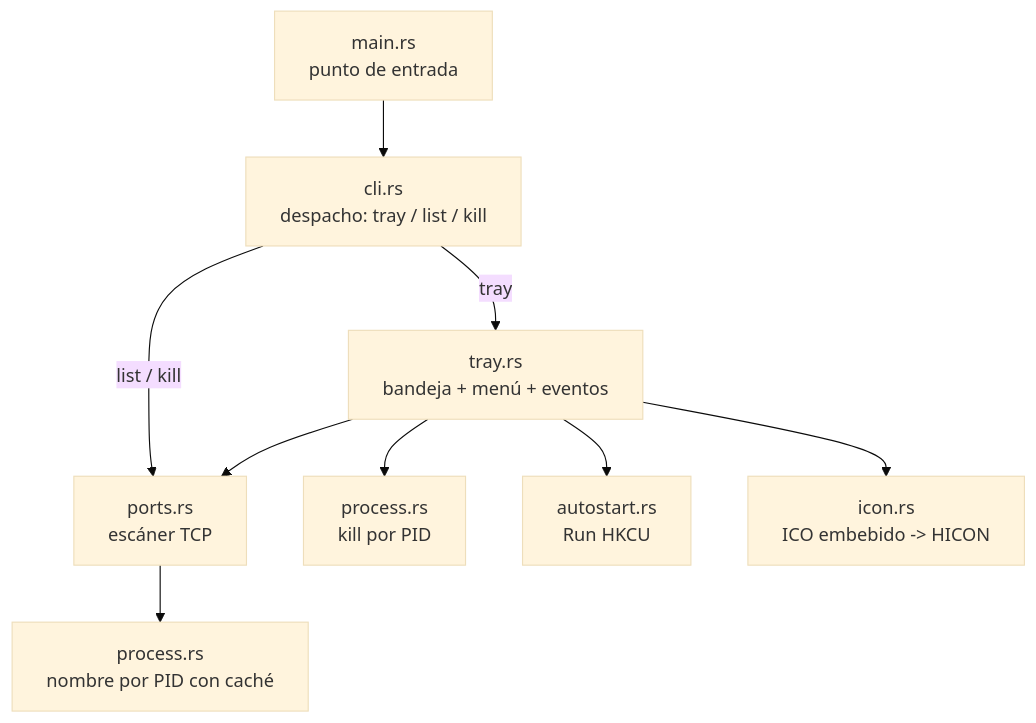
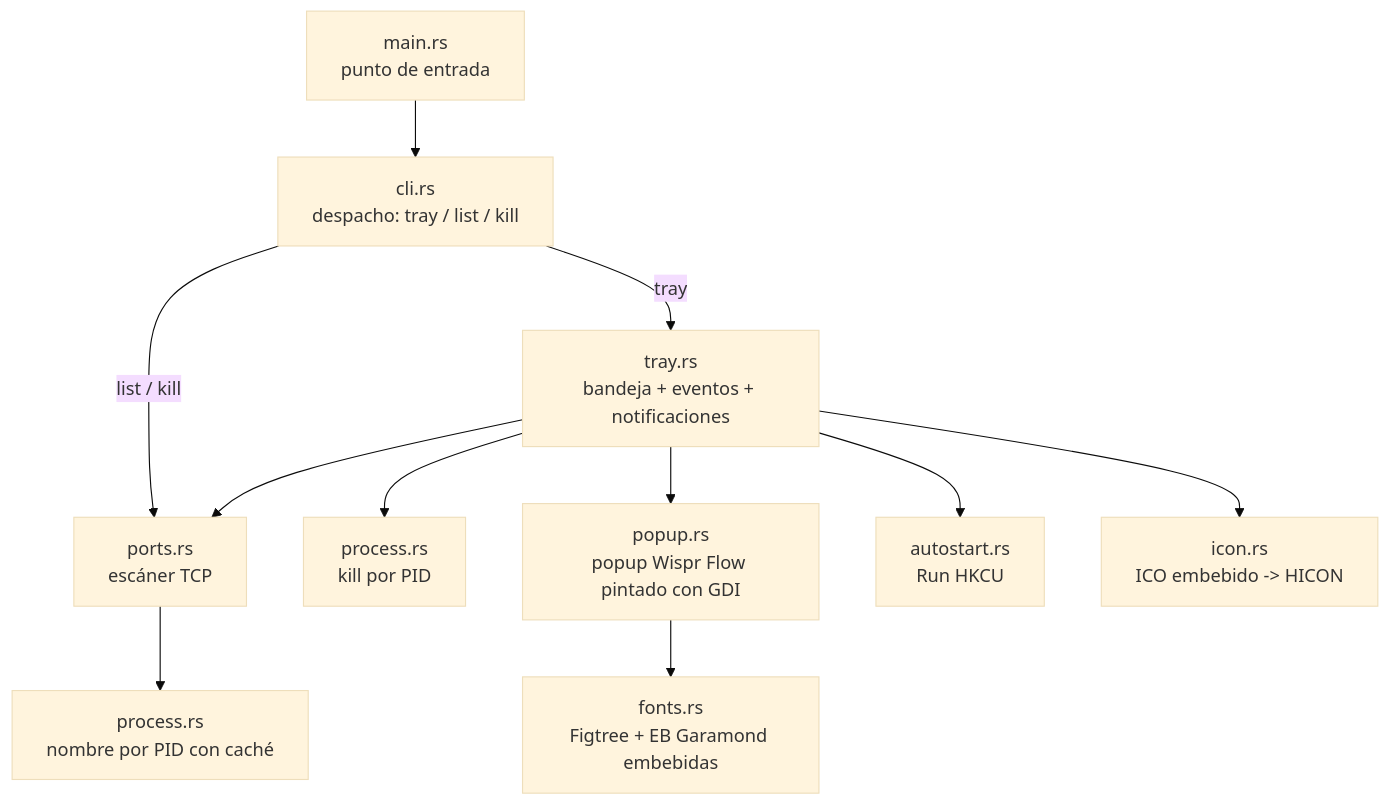
One commit to 1ndoryu/gloryport changed the first of 2 diagrams in docs/arquitectura.md. Above: the diagram before and after it, drawn with Mermaid (base theme). The commit also changed other lines of this file and 5 other files, not shown here.

Commit message:
docs: popup Wispr Flow, fix de clic, fuentes y evidencia del bloque 128A-7

````diff
--- a/docs/arquitectura.md
+++ b/docs/arquitectura.md
@@ -52,11 +53,13 @@
 ```mermaid
 flowchart TD
     A[main.rs<br/>punto de entrada] --> B[cli.rs<br/>despacho: tray / list / kill]
-    B -->|tray| C[tray.rs<br/>bandeja + menú + eventos]
+    B -->|tray| C[tray.rs<br/>bandeja + eventos + notificaciones]
     B -->|list / kill| D[ports.rs<br/>escáner TCP]
     C --> D
     C --> E[process.rs<br/>kill por PID]
+    C --> M[popup.rs<br/>popup Wispr Flow pintado con GDI]
+    M --> N[fonts.rs<br/>Figtree + EB Garamond embebidas]
     D --> F[process.rs<br/>nombre por PID con caché]
     C --> G[autostart.rs<br/>Run HKCU]
     C --> H[icon.rs<br/>ICO embebido -> HICON]
 ```
````
